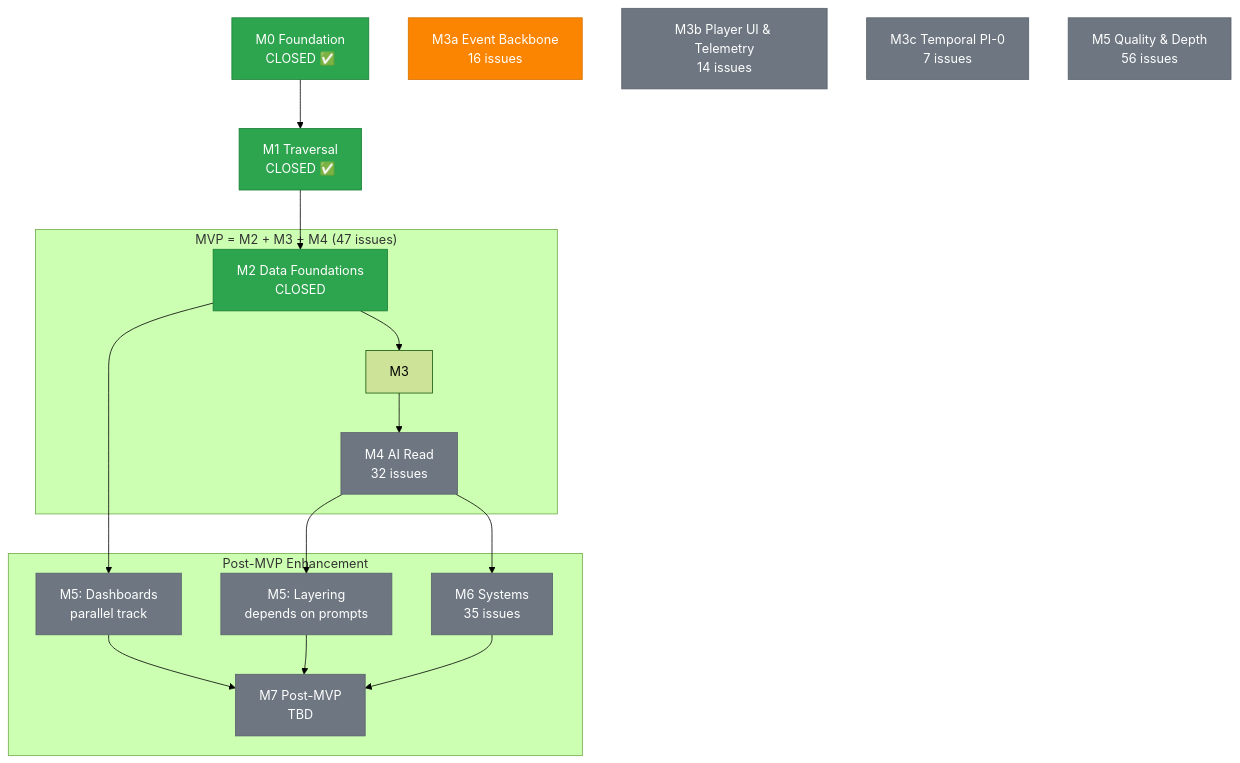
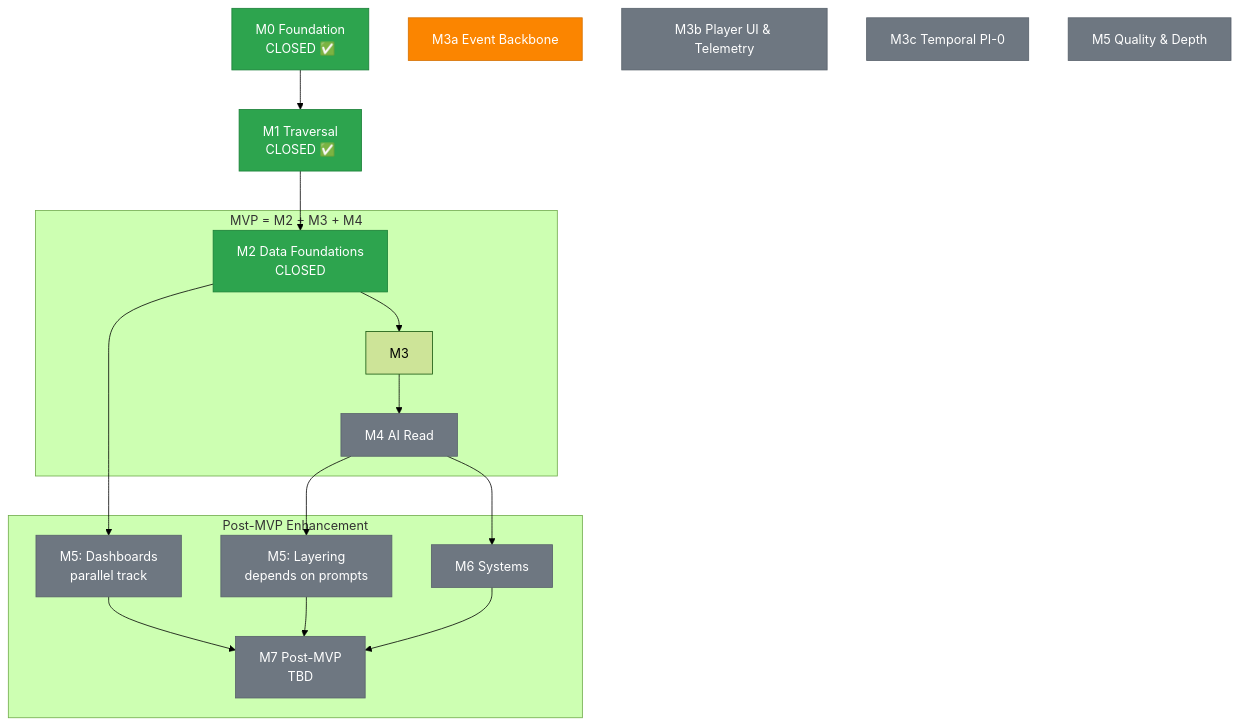
One commit to piquet-h/the-shifting-atlas changed the diagram in docs/roadmap.md. Above: the diagram before and after it, drawn with Mermaid (forest theme). The commit also changed other lines of this file and 8 other files, not shown here.

First line of the commit message:
``` Update roadmap and add prompt registry documentation

````diff
--- a/docs/roadmap.md
+++ b/docs/roadmap.md
@@ -27,45 +27,45 @@
 ```mermaid
 graph TD
     M0[M0 Foundation<br/>CLOSED ✅]
     M1[M1 Traversal<br/>CLOSED ✅]
     M2[M2 Data Foundations<br/>CLOSED]
-    M3a[M3a Event Backbone<br/>16 issues]
-    M3b[M3b Player UI & Telemetry<br/>14 issues]
-    M3c[M3c Temporal PI-0<br/>7 issues]
-    M4[M4 AI Read<br/>32 issues]
-    M5[M5 Quality & Depth<br/>56 issues]
-    M6[M6 Systems<br/>35 issues]
+    M3a[M3a Event Backbone]
+    M3b[M3b Player UI & Telemetry]
+    M3c[M3c Temporal PI-0]
+    M4[M4 AI Read]
+    M5[M5 Quality & Depth]
+    M6[M6 Systems]
     M7[M7 Post-MVP<br/>TBD]
 
     M0 --> M1
     M1 --> M2
     M2 --> M3
     M2 --> M5A[M5: Dashboards<br/>parallel track]
     M3 --> M4
     M4 --> M5B[M5: Layering<br/>depends on prompts]
     M4 --> M6
     M5A --> M7
     M5B --> M7
     M6 --> M7
 
     classDef closed fill:#2da44e,stroke:#1a7f37,color:#fff
     classDef active fill:#fb8500,stroke:#d67000,color:#fff
     classDef future fill:#6e7781,stroke:#57606a,color:#fff
 
     class M0,M1,M2 closed
     class M3a active
     class M3b,M3c,M4,M5,M6,M7,M5A,M5B future
 
-    subgraph MVP["MVP = M2 + M3 + M4 (47 issues)"]
+    subgraph MVP["MVP = M2 + M3 + M4"]
         M2
         M3
         M4
     end
 
     subgraph POST["Post-MVP Enhancement"]
         M5A
         M5B
         M6
         M7
     end
 ```
````
